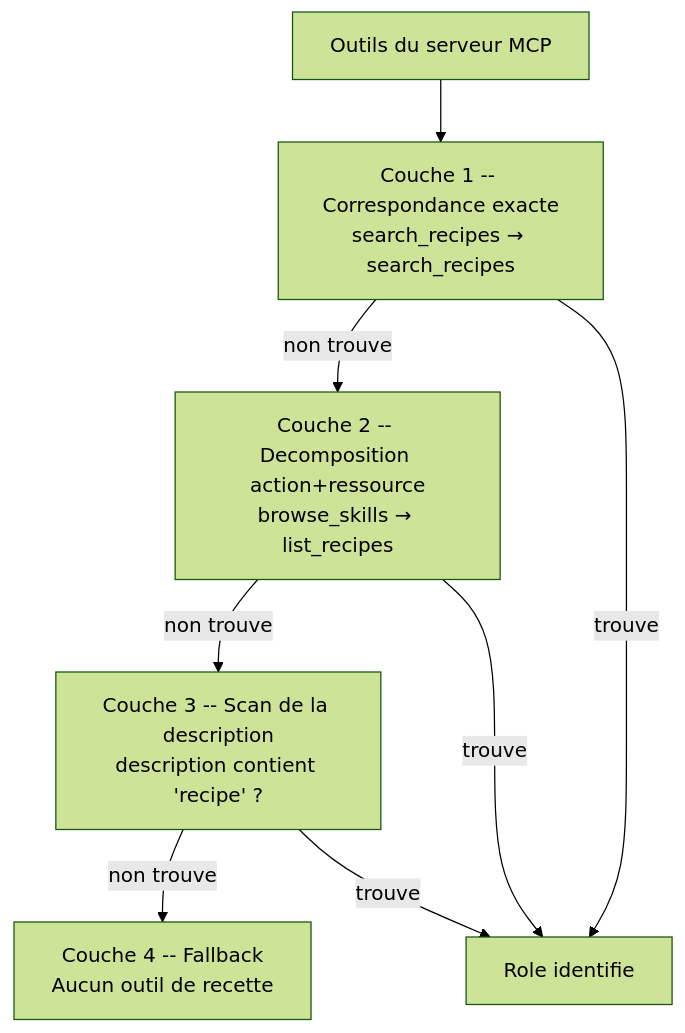
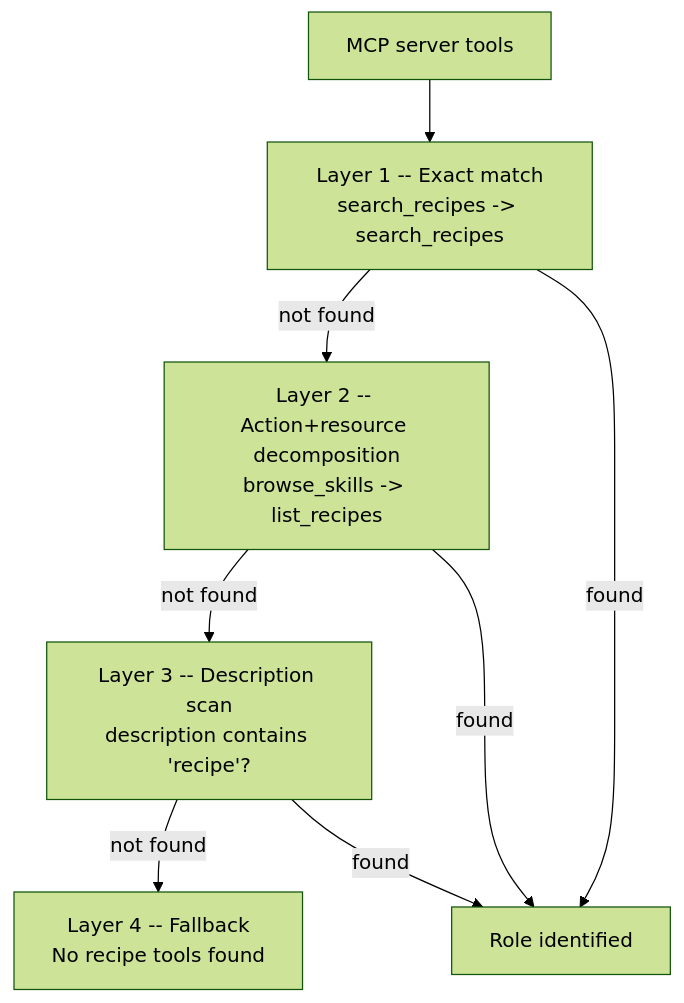
One commit to jeanbaptiste/webmcp-auto-ui changed the second of 3 diagrams in docs/starlight/src/content/docs/concepts/tool-layers.md. Above: the diagram before and after it, drawn with Mermaid (forest theme). The commit also changed other lines of this file and 94 other files, not shown here.

````diff
--- a/docs/starlight/src/content/docs/concepts/tool-layers.md
+++ b/docs/starlight/src/content/docs/concepts/tool-layers.md
@@ -211,11 +211,11 @@
 ```mermaid
 graph TD
-    T["Outils du serveur MCP"] --> L1["Couche 1 -- Correspondance exacte<br/>search_recipes → search_recipes"]
-    L1 -->|non trouve| L2["Couche 2 -- Decomposition action+ressource<br/>browse_skills → list_recipes"]
-    L2 -->|non trouve| L3["Couche 3 -- Scan de la description<br/>description contient 'recipe' ?"]
-    L3 -->|non trouve| L4["Couche 4 -- Fallback<br/>Aucun outil de recette"]
+    T["MCP server tools"] --> L1["Layer 1 -- Exact match<br/>search_recipes -> search_recipes"]
+    L1 -->|not found| L2["Layer 2 -- Action+resource decomposition<br/>browse_skills -> list_recipes"]
+    L2 -->|not found| L3["Layer 3 -- Description scan<br/>description contains 'recipe'?"]
+    L3 -->|not found| L4["Layer 4 -- Fallback<br/>No recipe tools found"]
 
-    L1 -->|trouve| R["Role identifie"]
-    L2 -->|trouve| R
-    L3 -->|trouve| R
+    L1 -->|found| R["Role identified"]
+    L2 -->|found| R
+    L3 -->|found| R
 ```
````
